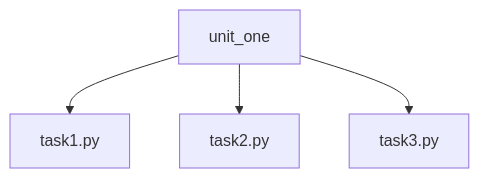
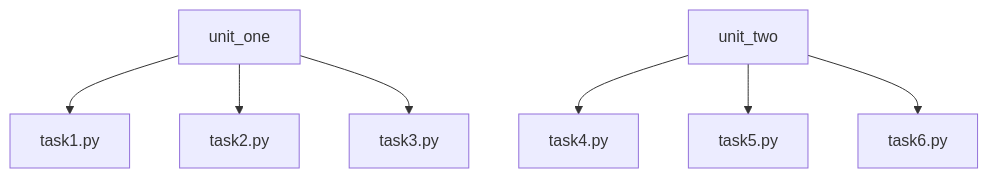
The second of 2 diagrams in README.MD (chertkov-vitaliy/python_spring_2022), drawn with Mermaid before and after one commit.

````diff
--- a/README.MD
+++ b/README.MD
@@ -51,6 +51,9 @@
 ```mermaid
 graph TD;
     unit_one-->task1.py
     unit_one-->task2.py
     unit_one-->task3.py
+    unit_two-->task4.py
+    unit_two-->task5.py
+    unit_two-->task6.py
 ```
````
